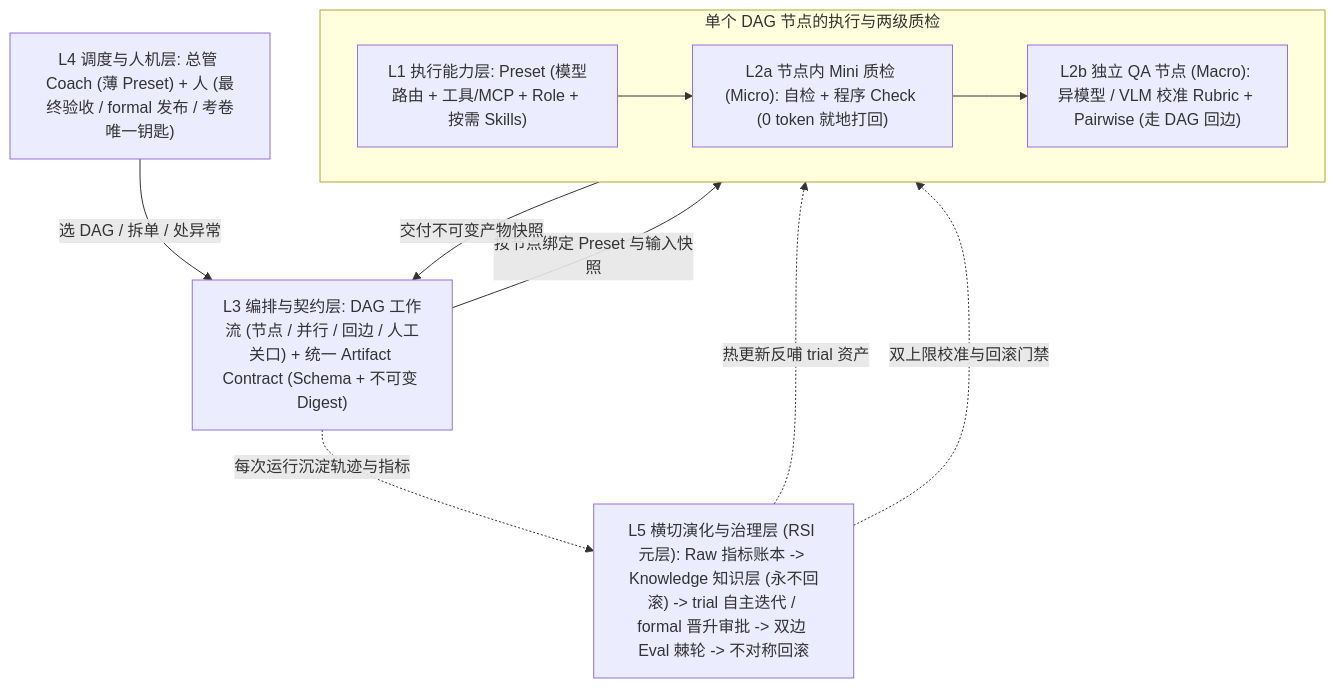
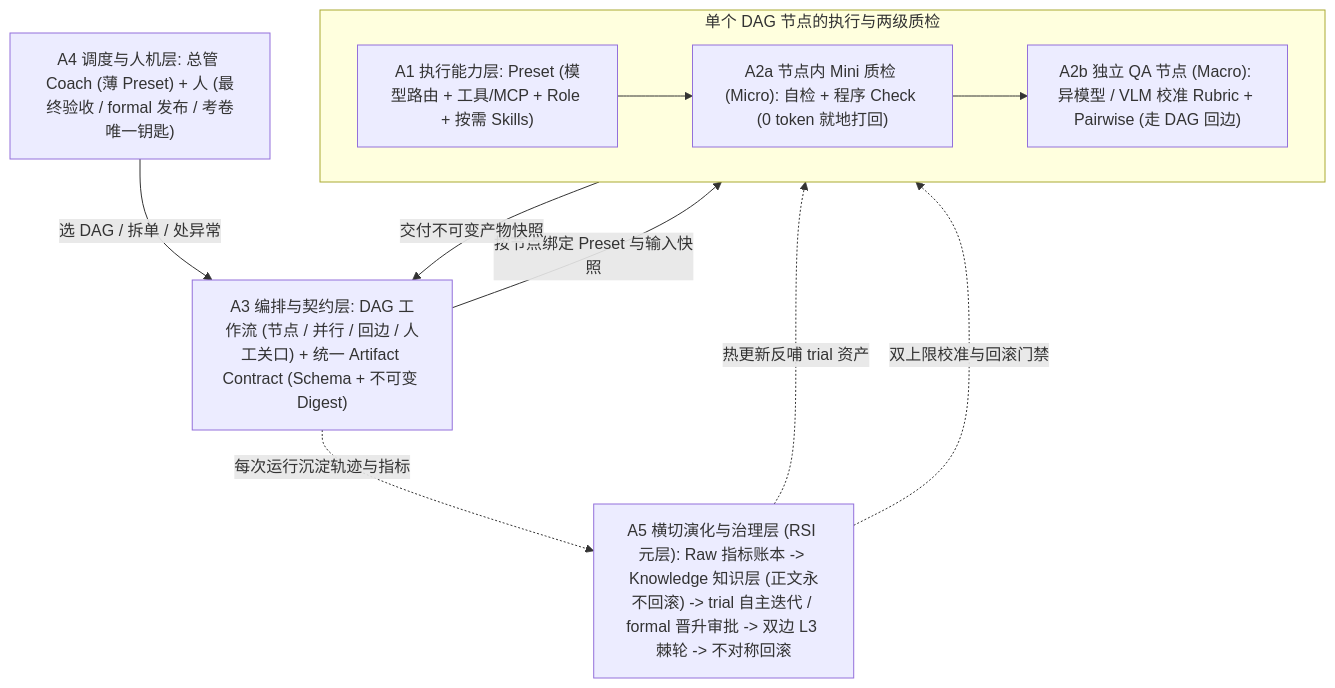
Before and after one commit to scottzx/agent-workflow: the second of 6 diagrams in docs/compound-agent-business-flow-and-gap-map-20261127.md, drawn with Mermaid. The commit also changed other lines of this file and 3 other files, not shown here.

````diff
--- a/docs/compound-agent-business-flow-and-gap-map-20261127.md
+++ b/docs/compound-agent-business-flow-and-gap-map-20261127.md
@@ -59,22 +60,22 @@
 ```mermaid
 flowchart TB
-    L4["L4 调度与人机层: 总管 Coach (薄 Preset) + 人 (最终验收 / formal 发布 / 考卷唯一钥匙)"]
-    L3["L3 编排与契约层: DAG 工作流 (节点 / 并行 / 回边 / 人工关口) + 统一 Artifact Contract (Schema + 不可变 Digest)"]
+    A4["A4 调度与人机层: 总管 Coach (薄 Preset) + 人 (最终验收 / formal 发布 / 考卷唯一钥匙)"]
+    A3["A3 编排与契约层: DAG 工作流 (节点 / 并行 / 回边 / 人工关口) + 统一 Artifact Contract (Schema + 不可变 Digest)"]
 
     subgraph Run["单个 DAG 节点的执行与两级质检"]
         direction LR
-        L1["L1 执行能力层: Preset (模型路由 + 工具/MCP + Role + 按需 Skills)"]
-        L2A["L2a 节点内 Mini 质检 (Micro): 自检 + 程序 Check (0 token 就地打回)"]
-        L2B["L2b 独立 QA 节点 (Macro): 异模型 / VLM 校准 Rubric + Pairwise (走 DAG 回边)"]
-        L1 --> L2A --> L2B
+        A1["A1 执行能力层: Preset (模型路由 + 工具/MCP + Role + 按需 Skills)"]
+        A2A["A2a 节点内 Mini 质检 (Micro): 自检 + 程序 Check (0 token 就地打回)"]
+        A2B["A2b 独立 QA 节点 (Macro): 异模型 / VLM 校准 Rubric + Pairwise (走 DAG 回边)"]
+        A1 --> A2A --> A2B
     end
 
-    L5["L5 横切演化与治理层 (RSI 元层): Raw 指标账本 -> Knowledge 知识层 (永不回滚) -> trial 自主迭代 / formal 晋升审批 -> 双边 Eval 棘轮 -> 不对称回滚"]
+    A5["A5 横切演化与治理层 (RSI 元层): Raw 指标账本 -> Knowledge 知识层 (正文永不回滚) -> trial 自主迭代 / formal 晋升审批 -> 双边 L3 棘轮 -> 不对称回滚"]
 
-    L4 -- "选 DAG / 拆单 / 处异常" --> L3
-    L3 -- "按节点绑定 Preset 与输入快照" --> L1
-    L2B -- "交付不可变产物快照" --> L3
-    L3 -. "每次运行沉淀轨迹与指标" .-> L5
-    L5 -. "热更新反哺 trial 资产" .-> L1
-    L5 -. "双上限校准与回滚门禁" .-> L2B
+    A4 -- "选 DAG / 拆单 / 处异常" --> A3
+    A3 -- "按节点绑定 Preset 与输入快照" --> A1
+    A2B -- "交付不可变产物快照" --> A3
+    A3 -. "每次运行沉淀轨迹与指标" .-> A5
+    A5 -. "热更新反哺 trial 资产" .-> A1
+    A5 -. "双上限校准与回滚门禁" .-> A2B
 ```
````
